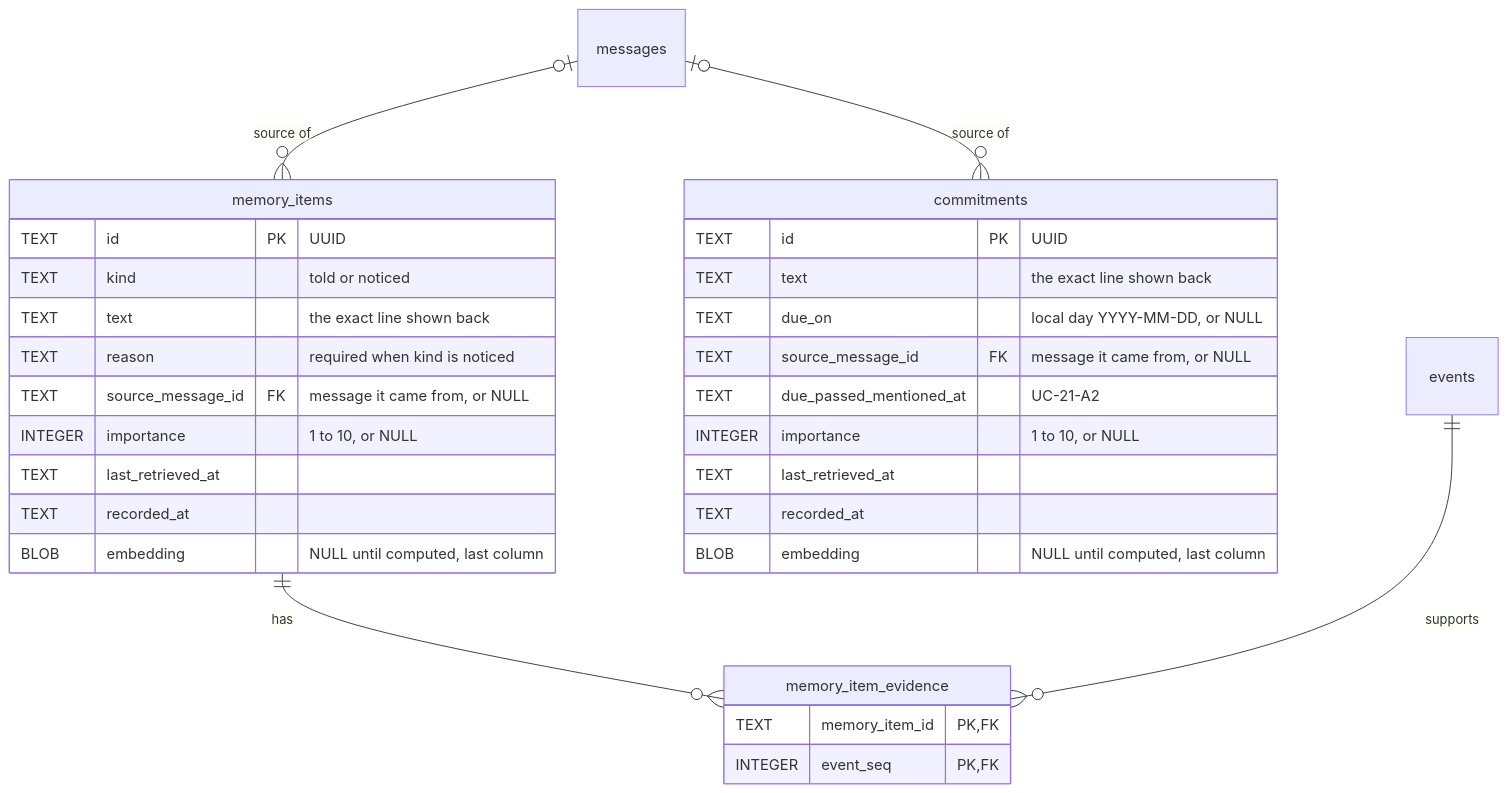
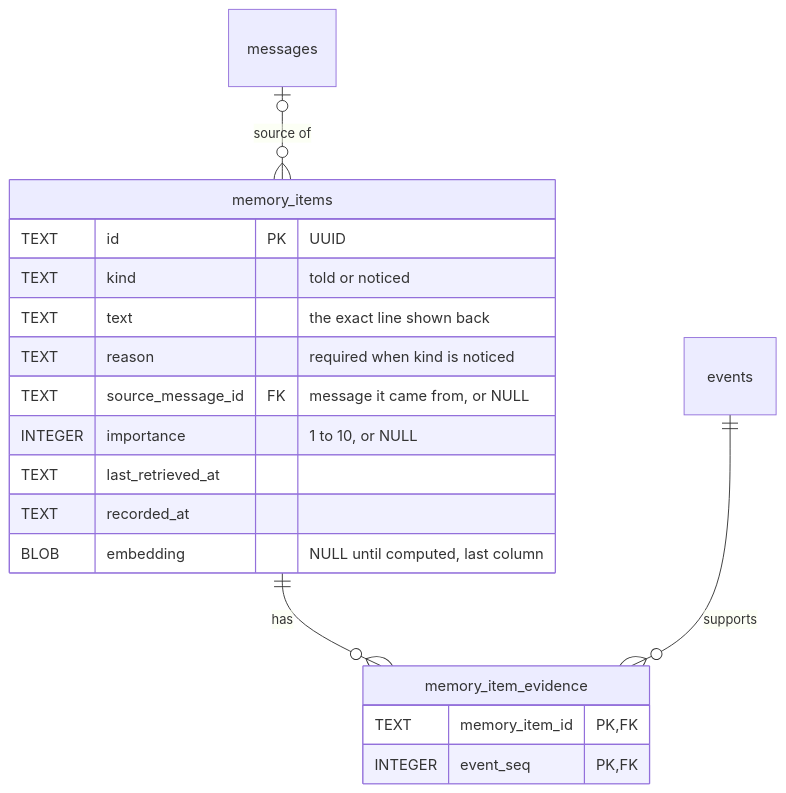
Before and after one commit to NguyenVu04/cognia: the fourth of 10 diagrams in docs/ERD.md, drawn with Mermaid. The commit also changed other lines of this file and 83 other files, not shown here.

````diff
--- a/docs/ERD.md
+++ b/docs/ERD.md
@@ -380,33 +368,21 @@
 ```mermaid
 erDiagram
     memory_items {
         TEXT id PK "UUID"
         TEXT kind "told or noticed"
         TEXT text "the exact line shown back"
         TEXT reason "required when kind is noticed"
         TEXT source_message_id FK "message it came from, or NULL"
         INTEGER importance "1 to 10, or NULL"
         TEXT last_retrieved_at
         TEXT recorded_at
         BLOB embedding "NULL until computed, last column"
     }
     memory_item_evidence {
         TEXT memory_item_id PK, FK
         INTEGER event_seq PK, FK
     }
-    commitments {
-        TEXT id PK "UUID"
-        TEXT text "the exact line shown back"
-        TEXT due_on "local day YYYY-MM-DD, or NULL"
-        TEXT source_message_id FK "message it came from, or NULL"
-        TEXT due_passed_mentioned_at "UC-21-A2"
-        INTEGER importance "1 to 10, or NULL"
-        TEXT last_retrieved_at
-        TEXT recorded_at
-        BLOB embedding "NULL until computed, last column"
-    }
     messages |o--o{ memory_items : "source of"
-    messages |o--o{ commitments : "source of"
     memory_items ||--o{ memory_item_evidence : "has"
     events ||--o{ memory_item_evidence : "supports"
 ```
````
